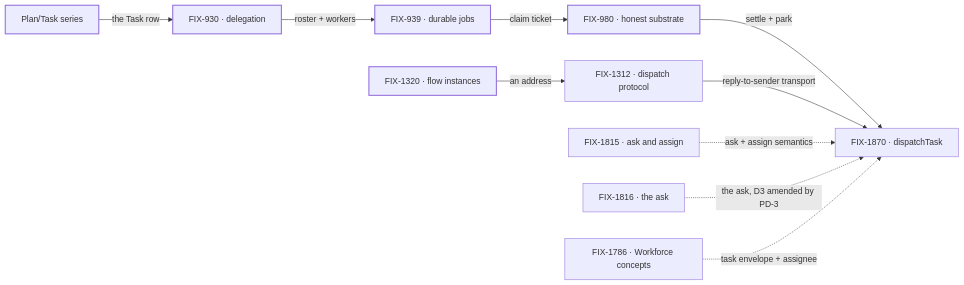
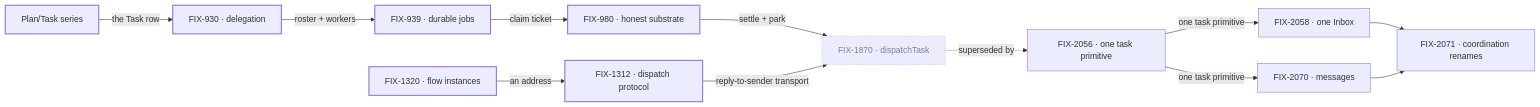
One commit to fixpoint-labs/flow-state-dev changed the diagram in spec/_projects/orchestration-primitives/SPEC.md. Above: the diagram before and after it, drawn with Mermaid. The commit also changed other lines of this file and 2 other files, not shown here.

First line of the commit message:
project(orchestration-primitives): status refresh — FIX-2056 started, FIX-1870 canceled, FIX-1312 done

````diff
--- a/spec/_projects/orchestration-primitives/SPEC.md
+++ b/spec/_projects/orchestration-primitives/SPEC.md
@@ -46,15 +51,18 @@
 ```mermaid
 flowchart LR
   PT["Plan/Task series"] -->|"the Task row"| D930["FIX-930 · delegation"]
   D930 -->|"roster + workers"| D939["FIX-939 · durable jobs"]
   D939 -->|"claim ticket"| D980["FIX-980 · honest substrate"]
   D1320["FIX-1320 · flow instances"] -->|"an address"| D1312["FIX-1312 · dispatch protocol"]
   D980 -->|"settle + park"| D1870["FIX-1870 · dispatchTask"]
   D1312 -->|"reply-to-sender transport"| D1870
-  X1815["FIX-1815 · ask and assign"] -.->|"ask + assign semantics"| D1870
-  X1816["FIX-1816 · the ask"] -.->|"the ask, D3 amended by PD-3"| D1870
-  X1786["FIX-1786 · Workforce concepts"] -.->|"task envelope + assignee"| D1870
+  D1870 -.->|"superseded by"| D2056["FIX-2056 · one task primitive"]
+  D2056 -->|"one task primitive"| D2058["FIX-2058 · one Inbox"]
+  D2056 -->|"one task primitive"| D2070["FIX-2070 · messages"]
+  D2058 --> D2071["FIX-2071 · coordination renames"]
+  D2070 --> D2071
   classDef done stroke-width:2px
-  classDef proposed stroke-dasharray:4 3
-  class PT,D930,D939,D980,D1320 done
+  classDef canceled stroke-dasharray:1 3,color:#7A828B
+  class PT,D930,D939,D980,D1320,D1312 done
+  class D1870 canceled
 ```
````
